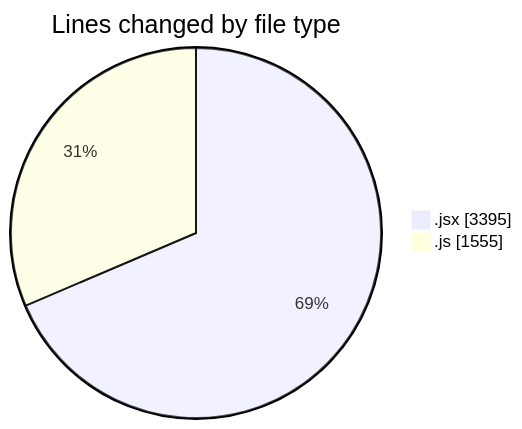
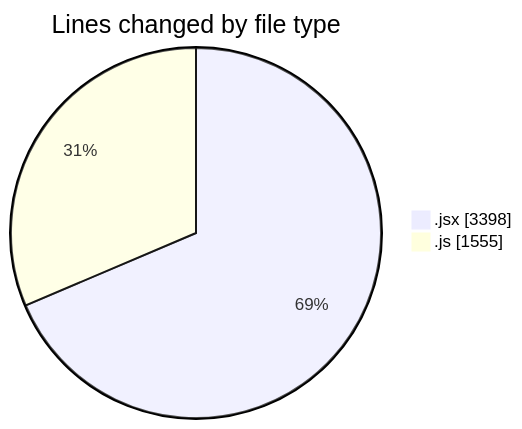
One commit to nxtqubesakshisongat/code-tracking changed the first of 2 diagrams in 2025-07-11/argos/README.md. Above: the diagram before and after it, drawn with Mermaid. The commit also changed other lines of this file and 1 other file, not shown here.

````diff
--- a/2025-07-11/argos/README.md
+++ b/2025-07-11/argos/README.md
@@ -27,6 +27,6 @@
 ```mermaid
 pie showData
 title Lines changed by file type
-".jsx" : 3395
+".jsx" : 3398
 ".js" : 1555
 ```
````
